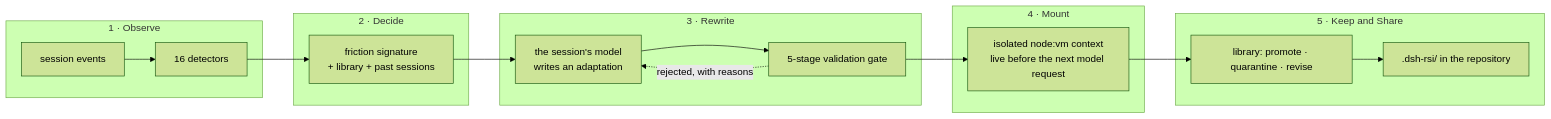
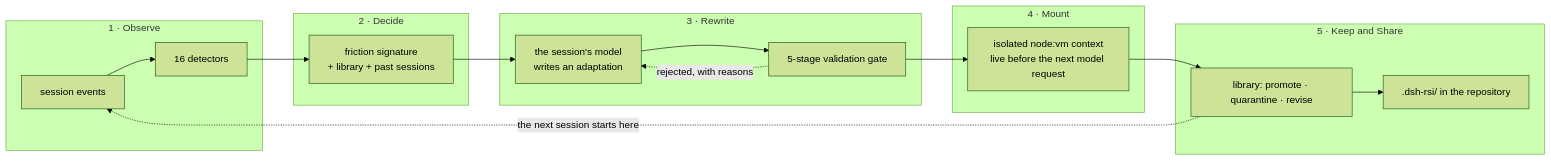
The diagram in README.md (qybaihe/dshrsi), drawn with Mermaid (forest theme) before and after one commit. The commit also changed other lines of this file and 83 other files, not shown here.

````diff
--- a/README.md
+++ b/README.md
@@ -124,21 +146,22 @@
 ```mermaid
 flowchart LR
   subgraph S1["1 · Observe"]
     A["session events"] --> B["16 detectors"]
   end
   subgraph S2["2 · Decide"]
     B --> C["friction signature<br/>+ library + past sessions"]
   end
   subgraph S3["3 · Rewrite"]
     C --> D["the session's model<br/>writes an adaptation"]
     D --> E["5-stage validation gate"]
     E -. "rejected, with reasons" .-> D
   end
   subgraph S4["4 · Mount"]
     E --> F["isolated node:vm context<br/>live before the next model request"]
   end
   subgraph S5["5 · Keep and Share"]
     F --> G["library: promote · quarantine · revise"]
     G --> H[".dsh-rsi/ in the repository"]
   end
+  G -. "the next session starts here" .-> A
 ```
````
